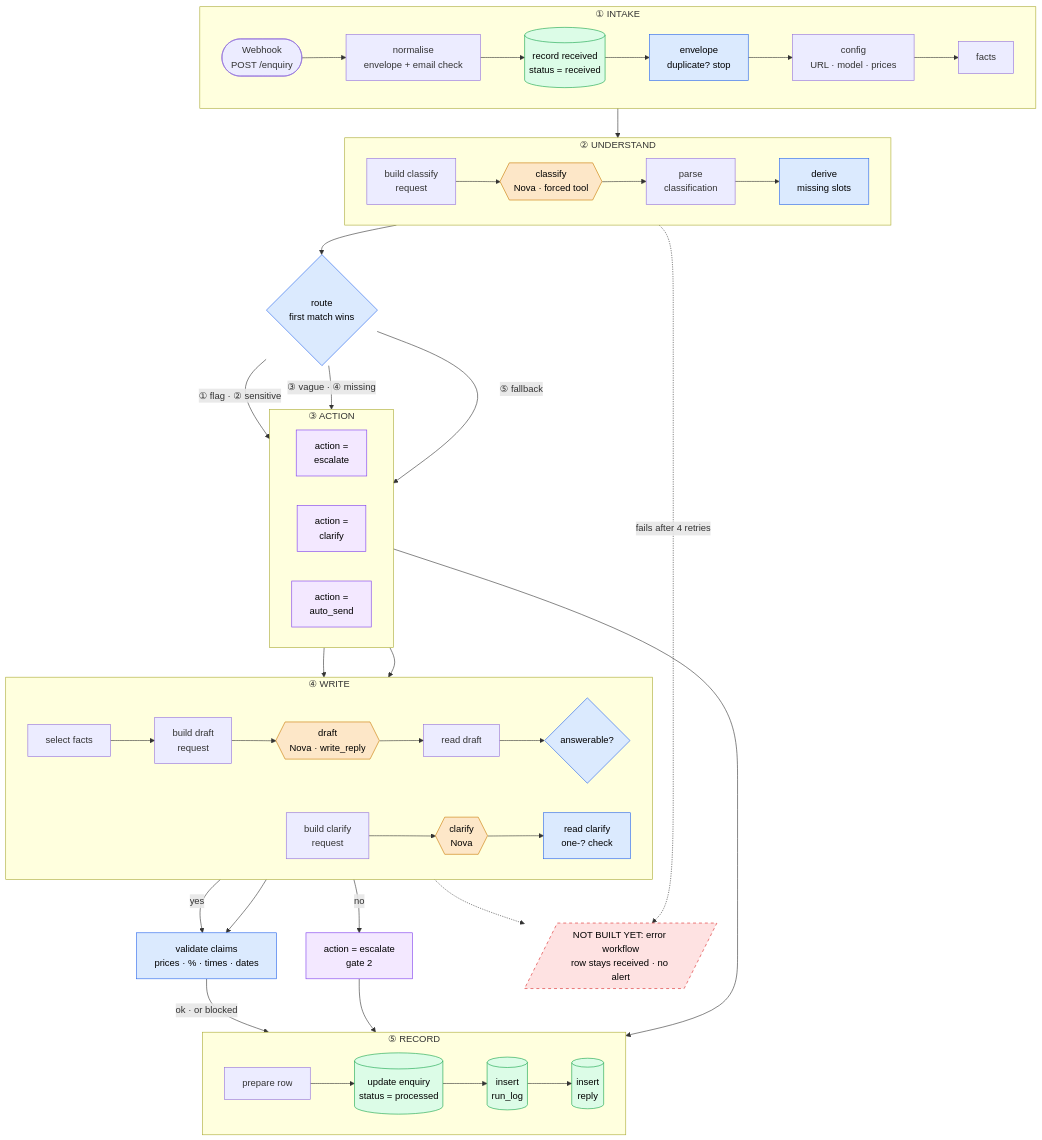
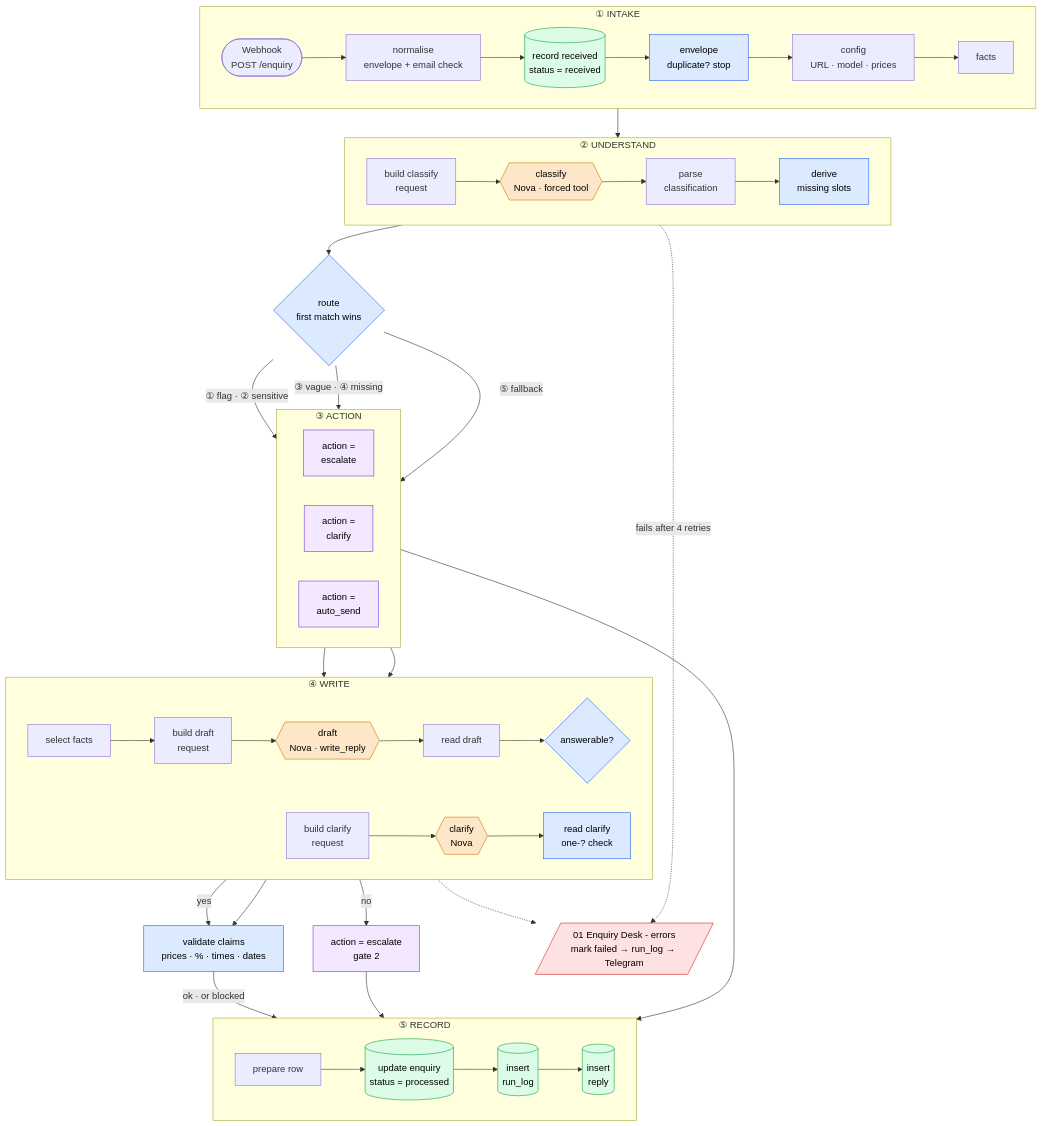
The diagram in STATE.md (deeowemez/enquiry-desk), drawn with Mermaid before and after one commit. The commit also changed other lines of this file and 4 other files, not shown here.

First line of the commit message:
Session 3 part B: error workflow, dead letter, Telegram alert

````diff
--- a/STATE.md
+++ b/STATE.md
@@ -34,64 +34,64 @@
 ```mermaid
 flowchart TB
   subgraph S1["① INTAKE"]
     direction LR
     W([Webhook<br/>POST /enquiry]) --> N[normalise<br/>envelope + email check] --> RR[(record received<br/>status = received)] --> EN[envelope<br/>duplicate? stop] --> CFG[config<br/>URL · model · prices] --> F[facts]
   end
 
   subgraph S2["② UNDERSTAND"]
     direction LR
     BC[build classify<br/>request] --> C{{classify<br/>Nova · forced tool}} --> PC[parse<br/>classification] --> D[derive<br/>missing slots]
   end
 
   R{route<br/>first match wins}
 
   subgraph S3["③ ACTION"]
     direction LR
     E[action =<br/>escalate]
     Q[action =<br/>clarify]
     A[action =<br/>auto_send]
   end
 
   subgraph S4["④ WRITE"]
     direction LR
     SF[select facts] --> BD[build draft<br/>request] --> DR{{draft<br/>Nova · write_reply}} --> RD[read draft] --> G{answerable?}
     BQ[build clarify<br/>request] --> CL{{clarify<br/>Nova}} --> RQ[read clarify<br/>one-? check]
   end
 
   V[validate claims<br/>prices · % · times · dates]
   E2[action = escalate<br/>gate 2]
 
   subgraph S5["⑤ RECORD"]
     direction LR
     P[prepare row] --> IE[(update enquiry<br/>status = processed)] --> RL[(insert<br/>run_log)] --> RP[(insert<br/>reply)]
   end
 
-  X[/"NOT BUILT YET: error workflow<br/>row stays received · no alert"/]
+  X[/"01 Enquiry Desk - errors<br/>mark failed → run_log → Telegram"/]
 
   F --> BC
   D --> R
   R -- "① flag · ② sensitive" --> E
   R -- "③ vague · ④ missing" --> Q
   R -- "⑤ fallback" --> A
   A --> SF
   Q --> BQ
   G -- "yes" --> V
   G -- "no" --> E2
   RQ --> V
   V -- "ok · or blocked" --> P
   E --> P
   E2 --> P
   C -. "fails after 4 retries" .-> X
   DR -.-> X
 
   classDef model fill:#fde7c8,stroke:#c97a00,color:#000
   classDef code fill:#dbeafe,stroke:#2563eb,color:#000
   classDef db fill:#dcfce7,stroke:#16a34a,color:#000
   classDef act fill:#f3e8ff,stroke:#7c3aed,color:#000
-  classDef gap fill:#fee2e2,stroke:#dc2626,color:#000,stroke-dasharray:5 5
+  classDef gap fill:#fee2e2,stroke:#dc2626,color:#000
   class C,DR,CL model
   class D,R,G,V,RQ,EN code
   class RR,IE,RL,RP db
   class E,Q,A,E2 act
   class X gap
 ```
````
